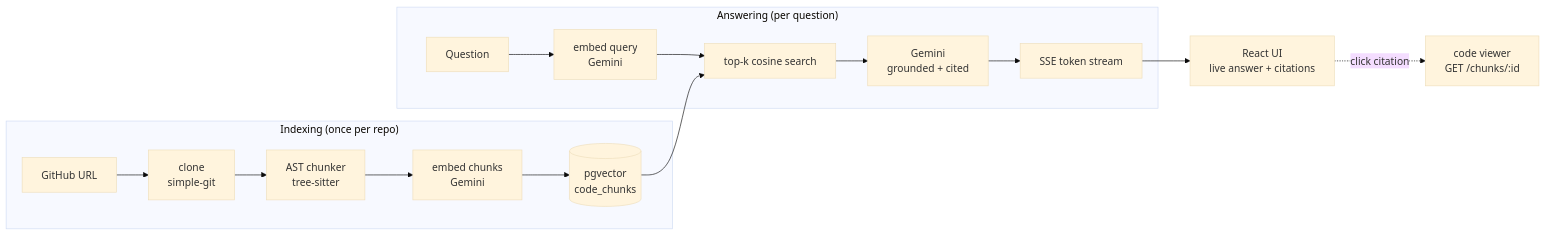
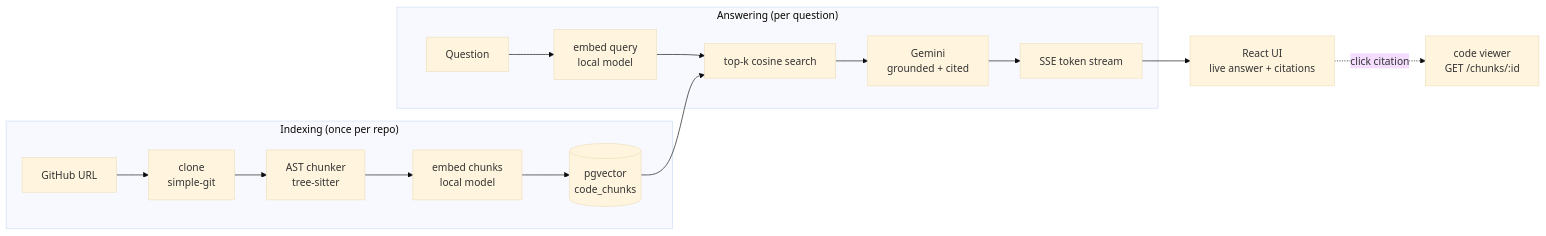
Before and after one commit to T-Sarvagya/Codebase-RAG: the diagram in README.md, drawn with Mermaid (base theme). The commit also changed other lines of this file and 11 other files, not shown here.

````diff
--- a/README.md
+++ b/README.md
@@ -29,20 +30,20 @@
 ```mermaid
 flowchart LR
     subgraph Indexing["Indexing (once per repo)"]
         URL[GitHub URL] --> Clone[clone<br/>simple-git]
         Clone --> Chunk[AST chunker<br/>tree-sitter]
-        Chunk --> EmbedD[embed chunks<br/>Gemini]
+        Chunk --> EmbedD[embed chunks<br/>local model]
         EmbedD --> Store[(pgvector<br/>code_chunks)]
     end
 
     subgraph Answering["Answering (per question)"]
-        Q[Question] --> EmbedQ[embed query<br/>Gemini]
+        Q[Question] --> EmbedQ[embed query<br/>local model]
         EmbedQ --> Search[top-k cosine search]
         Store --> Search
         Search --> Gen[Gemini<br/>grounded + cited]
         Gen --> Stream[SSE token stream]
     end
 
     Stream --> UI[React UI<br/>live answer + citations]
     UI -. click citation .-> Viewer[code viewer<br/>GET /chunks/:id]
 ```
````
